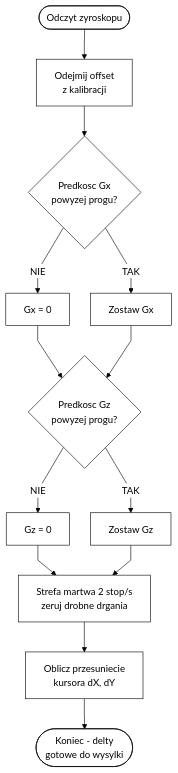
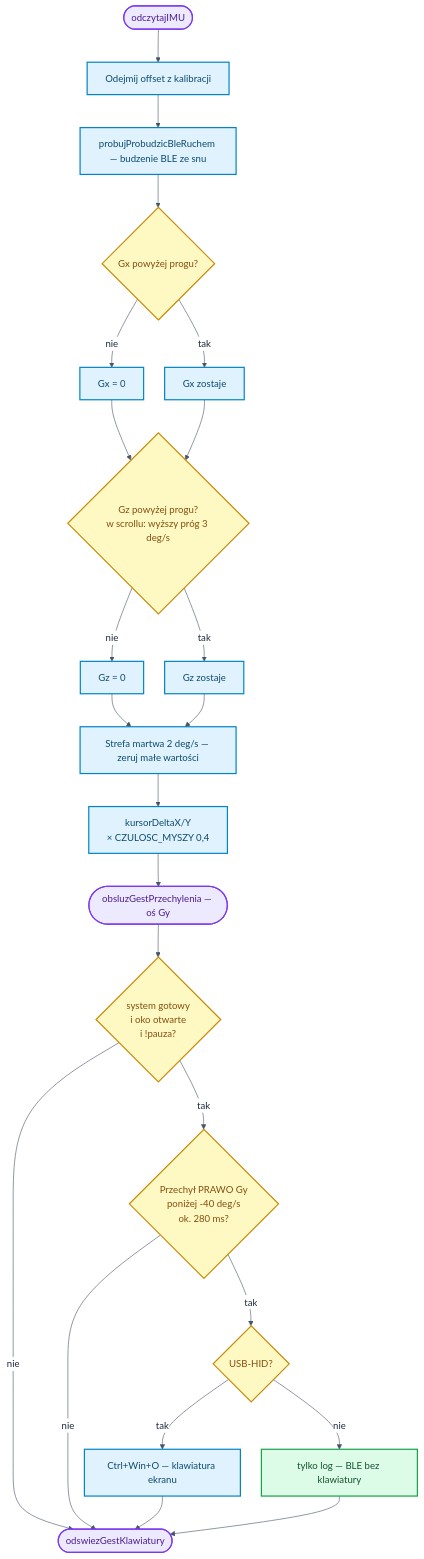
The fourth of 10 diagrams in README.md (bartkadres-ai/HEFAS-4.0), drawn with Mermaid before and after one commit. The commit also changed other lines of this file, not shown here.

````diff
--- a/README.md
+++ b/README.md
@@ -375,16 +416,36 @@
 ```mermaid
-%%{init: {'theme':'base','themeVariables':{'background':'#ffffff','mainBkg':'#ffffff','primaryColor':'#ffffff','primaryTextColor':'#000000','primaryBorderColor':'#000000','lineColor':'#000000','edgeLabelBackground':'#ffffff'},'flowchart':{'curve':'linear','nodeSpacing':35,'rankSpacing':50}}}%%
+%%{init: {'theme':'base','themeVariables':{'background':'#ffffff','mainBkg':'#ffffff','primaryColor':'#ffffff','primaryTextColor':'#1e293b','primaryBorderColor':'#64748b','lineColor':'#475569','edgeLabelBackground':'#ffffff'},'flowchart':{'curve':'basis','nodeSpacing':35,'rankSpacing':55}}}%%
 flowchart TD
-    A([Odczyt zyroskopu]) --> B[Odejmij offset<br/>z kalibracji]
-    B --> C{Predkosc Gx<br/>powyzej progu?}
-    C -->|NIE| D[Gx = 0]
-    C -->|TAK| E[Zostaw Gx]
-    D --> F
-    E --> F{Predkosc Gz<br/>powyzej progu?}
-    F -->|NIE| G[Gz = 0]
-    F -->|TAK| H[Zostaw Gz]
-    G --> I
-    H --> I[Strefa martwa 2 stop/s<br/>zeruj drobne drgania]
-    I --> J[Oblicz przesuniecie<br/>kursora dX, dY]
-    J --> K([Koniec - delty<br/>gotowe do wysylki])
+    R([odczytajIMU]) --> OFF[Odejmij offset z kalibracji]
+    OFF --> BLEW[probujProbudzicBleRuchem — budzenie BLE ze snu]
+    BLEW --> PROGX{Gx powyżej progu?}
+    PROGX -->|nie| GX0[Gx = 0]
+    PROGX -->|tak| GX1[Gx zostaje]
+    GX0 --> PROGZ
+    GX1 --> PROGZ{Gz powyżej progu?<br/>w scrollu: wyższy próg 3 deg/s}
+    PROGZ -->|nie| GZ0[Gz = 0]
+    PROGZ -->|tak| GZ1[Gz zostaje]
+    GZ0 --> MARTWA
+    GZ1 --> MARTWA[Strefa martwa 2 deg/s — zeruj małe wartości]
+    MARTWA --> DELTA["kursorDeltaX/Y<br/>× CZULOSC_MYSZY 0,4"]
+    DELTA --> G([obsluzGestPrzechylenia — oś Gy])
+
+    G --> GOK{system gotowy<br/>i oko otwarte<br/>i !pauza?}
+    GOK -->|nie| GKON([odswiezGestKlawiatury])
+    GOK -->|tak| GY{Przechył PRAWO Gy<br/>poniżej -40 deg/s<br/>ok. 280 ms?}
+    GY -->|tak| OSK{USB-HID?}
+    OSK -->|tak| KBD[Ctrl+Win+O — klawiatura ekranu]
+    OSK -->|nie| BLEONLY[tylko log — BLE bez klawiatury]
+    GY -->|nie| GKON
+    KBD --> GKON
+    BLEONLY --> GKON
+
+    classDef startEnd fill:#ede9fe,stroke:#7c3aed,stroke-width:2px,color:#4c1d95
+    classDef process fill:#e0f2fe,stroke:#0284c7,stroke-width:2px,color:#0c4a6e
+    classDef decision fill:#fef9c3,stroke:#ca8a04,stroke-width:2px,color:#854d0e
+    classDef io fill:#dcfce7,stroke:#16a34a,stroke-width:2px,color:#14532d
+    class R,G,GKON startEnd
+    class OFF,BLEW,GX0,GX1,GZ0,GZ1,MARTWA,DELTA,KBD process
+    class PROGX,PROGZ,GOK,GY,OSK decision
+    class BLEONLY io
 ```
````
